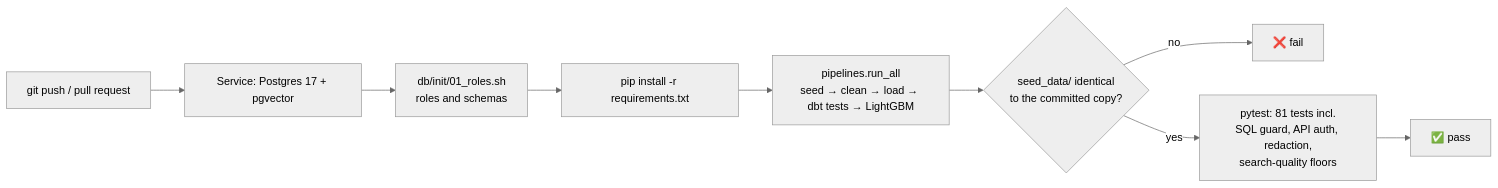
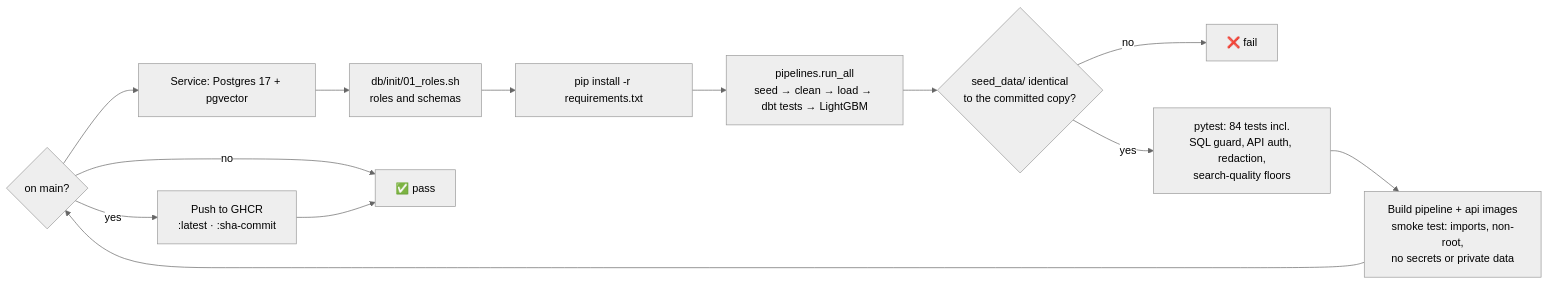
Before and after one commit to padduchowdary969/grillhouse-ai-assistant: the eighth of 8 diagrams in docs/ARCHITECTURE.md, drawn with Mermaid (neutral theme). The commit also changed other lines of this file and 15 other files, not shown here.

First line of the commit message:
Docker: multi-stage pipeline and api images, full-stack compose, GHCR publishing

````diff
--- a/docs/ARCHITECTURE.md
+++ b/docs/ARCHITECTURE.md
@@ -313,11 +320,15 @@
 ```mermaid
 flowchart LR
     push["git push / pull request"] --> svc["Service: Postgres 17 + pgvector"]
     svc --> roles["db/init/01_roles.sh<br/>roles and schemas"]
     roles --> deps["pip install -r requirements.txt"]
     deps --> build["pipelines.run_all<br/>seed → clean → load → dbt tests → LightGBM"]
     build --> drift{"seed_data/ identical<br/>to the committed copy?"}
     drift -- no --> fail["❌ fail"]
-    drift -- yes --> tests["pytest: 81 tests incl.<br/>SQL guard, API auth, redaction,<br/>search-quality floors"]
-    tests --> pass["✅ pass"]
+    drift -- yes --> tests["pytest: 84 tests incl.<br/>SQL guard, API auth, redaction,<br/>search-quality floors"]
+    tests --> images["Build pipeline + api images<br/>smoke test: imports, non-root,<br/>no secrets or private data"]
+    images --> push{"on main?"}
+    push -- yes --> ghcr["Push to GHCR<br/>:latest · :sha-commit"]
+    push -- no --> pass["✅ pass"]
+    ghcr --> pass
 ```
````
